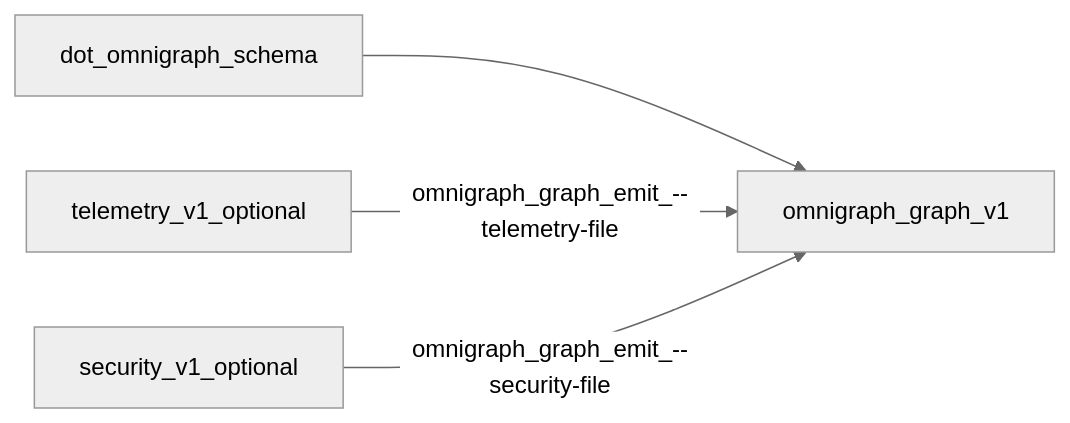
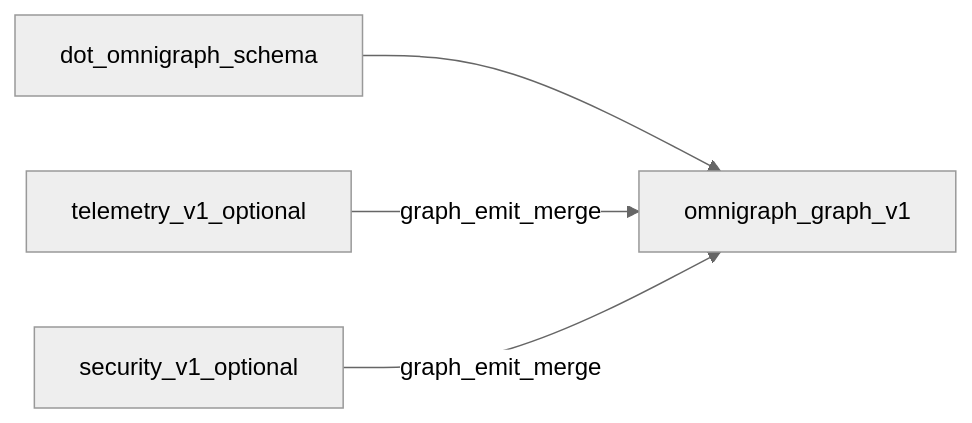
Before and after one commit to kennetholsenatm-gif/OmniGraph: the second of 2 diagrams in docs/overview.md, drawn with Mermaid (neutral theme). The commit also changed other lines of this file and 25 other files, not shown here.

````diff
--- a/docs/overview.md
+++ b/docs/overview.md
@@ -52,10 +54,10 @@
 ```mermaid
 flowchart LR
   Schema[dot_omnigraph_schema]
   GraphOut[omnigraph_graph_v1]
   Tel[telemetry_v1_optional]
   SecDoc[security_v1_optional]
   Schema --> GraphOut
-  Tel -->|"omnigraph_graph_emit_--telemetry-file"| GraphOut
-  SecDoc -->|"omnigraph_graph_emit_--security-file"| GraphOut
+  Tel -->|"graph_emit_merge"| GraphOut
+  SecDoc -->|"graph_emit_merge"| GraphOut
 ```
````
